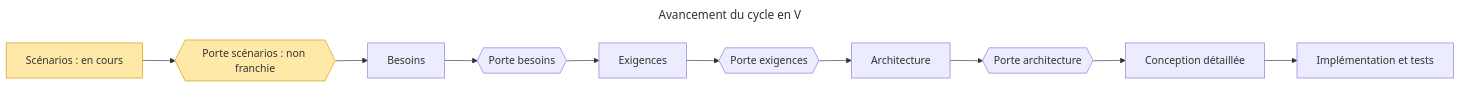
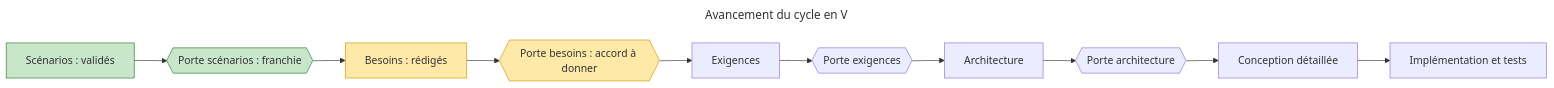
One commit to thourymatthieu-png/coworker_archi_system changed the diagram in projets/boomrone/reprise.md. Above: the diagram before and after it, drawn with Mermaid. The commit also changed other lines of this file and 6 other files, not shown here.

First line of the commit message:
Boomrone : phase besoins, 13 besoins simples et page de consignes, porte non franchie

````diff
--- a/projets/boomrone/reprise.md
+++ b/projets/boomrone/reprise.md
@@ -12,17 +8,19 @@
 ```mermaid
 ---
 title: "Avancement du cycle en V"
 ---
 flowchart LR
-    S["Scénarios : en cours"] --> PS{{"Porte scénarios : non franchie"}}
-    PS --> B["Besoins"]
-    B --> PB{{"Porte besoins"}}
+    S["Scénarios : validés"] --> PS{{"Porte scénarios : franchie"}}
+    PS --> B["Besoins : rédigés"]
+    B --> PB{{"Porte besoins : accord à donner"}}
     PB --> R["Exigences"]
     R --> PR{{"Porte exigences"}}
     PR --> A["Architecture"]
     A --> PA{{"Porte architecture"}}
     PA --> D["Conception détaillée"]
     D --> I["Implémentation et tests"]
+    classDef fait fill:#c8e6c9,stroke:#2e7d32
     classDef cours fill:#ffe9a8,stroke:#c90
-    class S,PS cours
+    class S,PS fait
+    class B,PB cours
 ```
````
